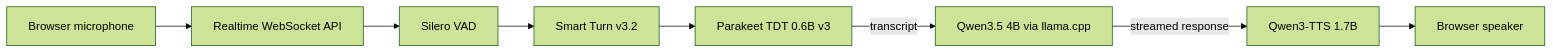
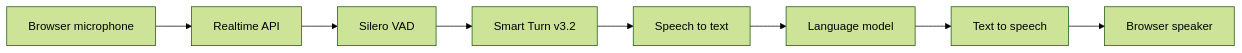
One commit to SURISURENDRA18/Speech-to-Speech-Voice-Model changed the diagram in README.md. Above: the diagram before and after it, drawn with Mermaid (forest theme). The commit also changed other lines of this file and 11 other files, not shown here.

````diff
--- a/README.md
+++ b/README.md
@@ -50,10 +32,10 @@
 ```mermaid
 flowchart LR
-    A[Browser microphone] --> B[Realtime WebSocket API]
+    A[Browser microphone] --> B[Realtime API]
     B --> C[Silero VAD]
     C --> D[Smart Turn v3.2]
-    D --> E[Parakeet TDT 0.6B v3]
-    E -->|transcript| F[Qwen3.5 4B via llama.cpp]
-    F -->|streamed response| G[Qwen3-TTS 1.7B]
+    D --> E[Speech to text]
+    E --> F[Language model]
+    F --> G[Text to speech]
     G --> H[Browser speaker]
 ```
````
